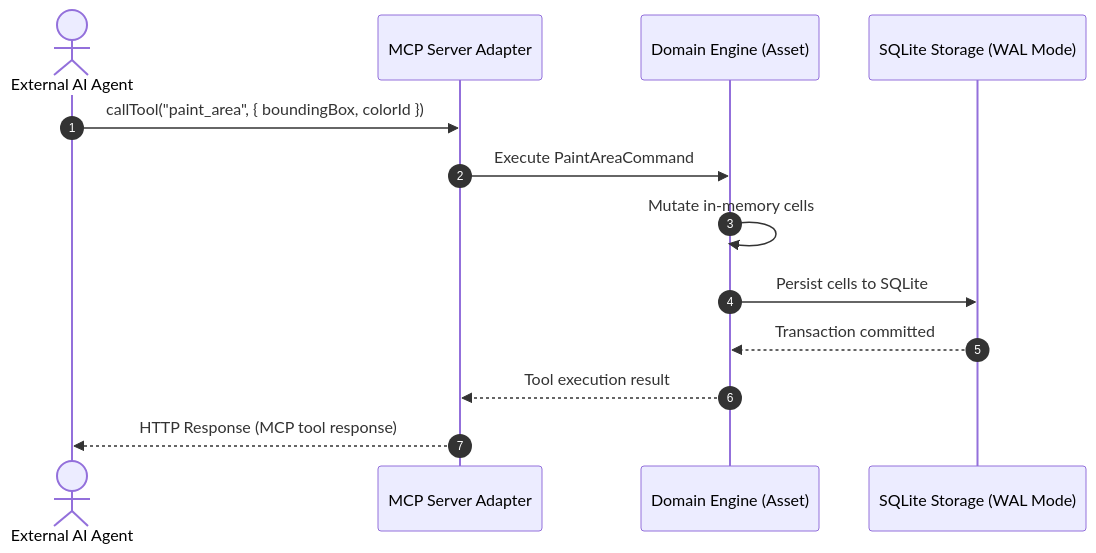
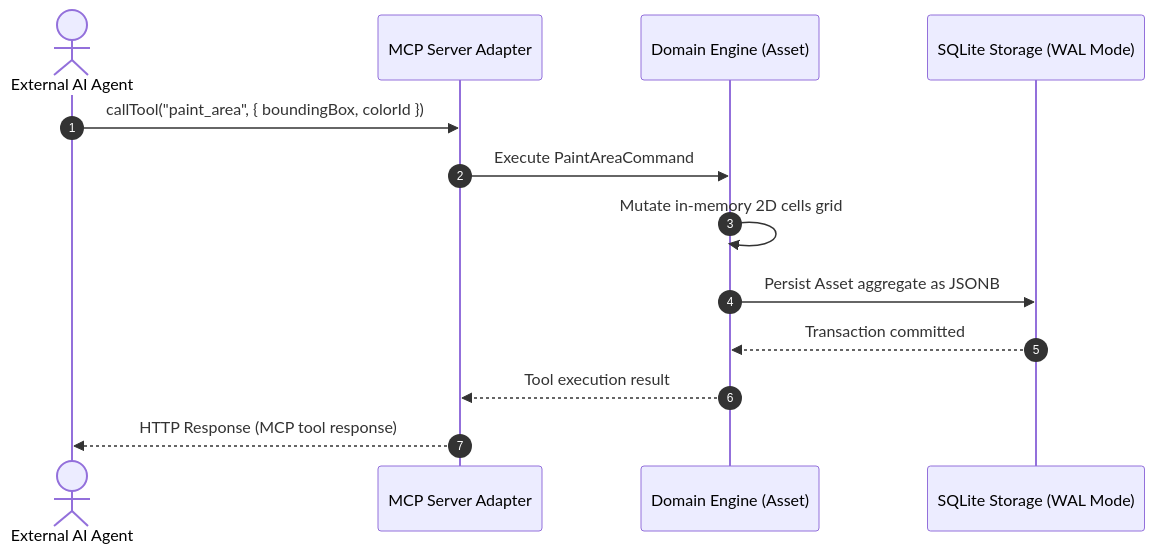
Before and after one commit to alexandremenif/brick-wargame-terrain-studio: the second of 2 diagrams in specs/architecture/data_flows.md, drawn with Mermaid. The commit also changed other lines of this file and 46 other files, not shown here.

Commit message:
feat: migrate asset persistence to single-table JSONB and 2D cells matrix

````diff
--- a/specs/architecture/data_flows.md
+++ b/specs/architecture/data_flows.md
@@ -40,16 +40,16 @@
 ```mermaid
 sequenceDiagram
   autonumber
   actor AI as External AI Agent
   participant MCP as MCP Server Adapter
   participant Domain as Domain Engine (Asset)
   participant Store as SQLite Storage (WAL Mode)
 
   AI->>MCP: callTool("paint_area", { boundingBox, colorId })
   MCP->>Domain: Execute PaintAreaCommand
-  Domain->>Domain: Mutate in-memory cells
-  Domain->>Store: Persist cells to SQLite
+  Domain->>Domain: Mutate in-memory 2D cells grid
+  Domain->>Store: Persist Asset aggregate as JSONB
   Store-->>Domain: Transaction committed
   Domain-->>MCP: Tool execution result
   MCP-->>AI: HTTP Response (MCP tool response)
 ```
````
